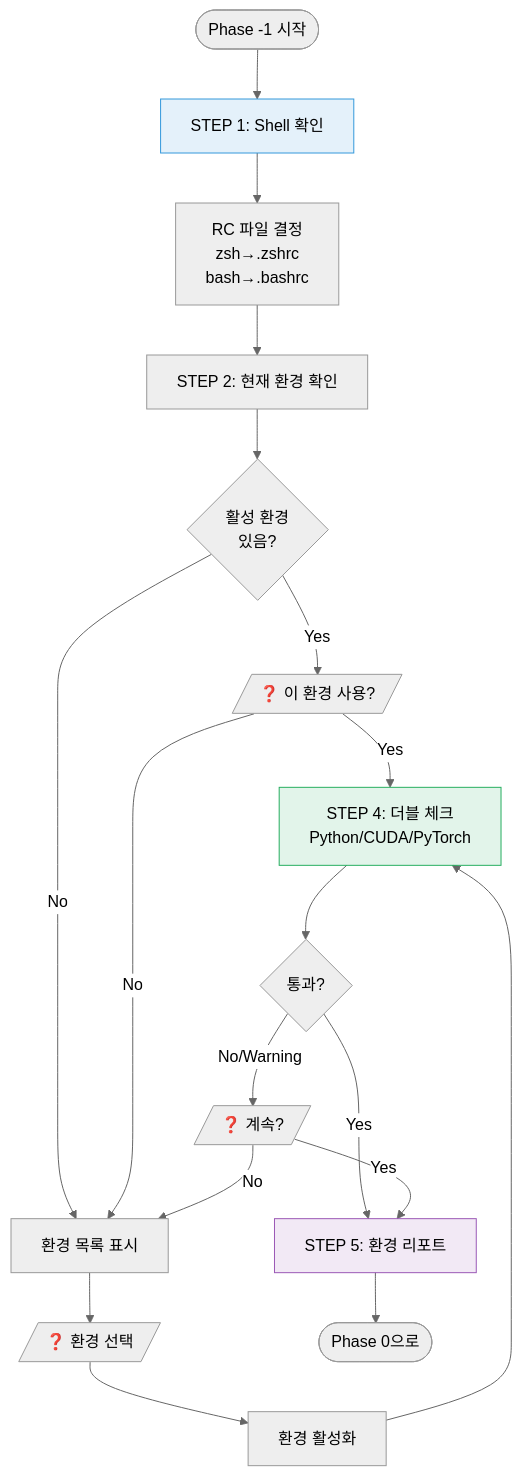
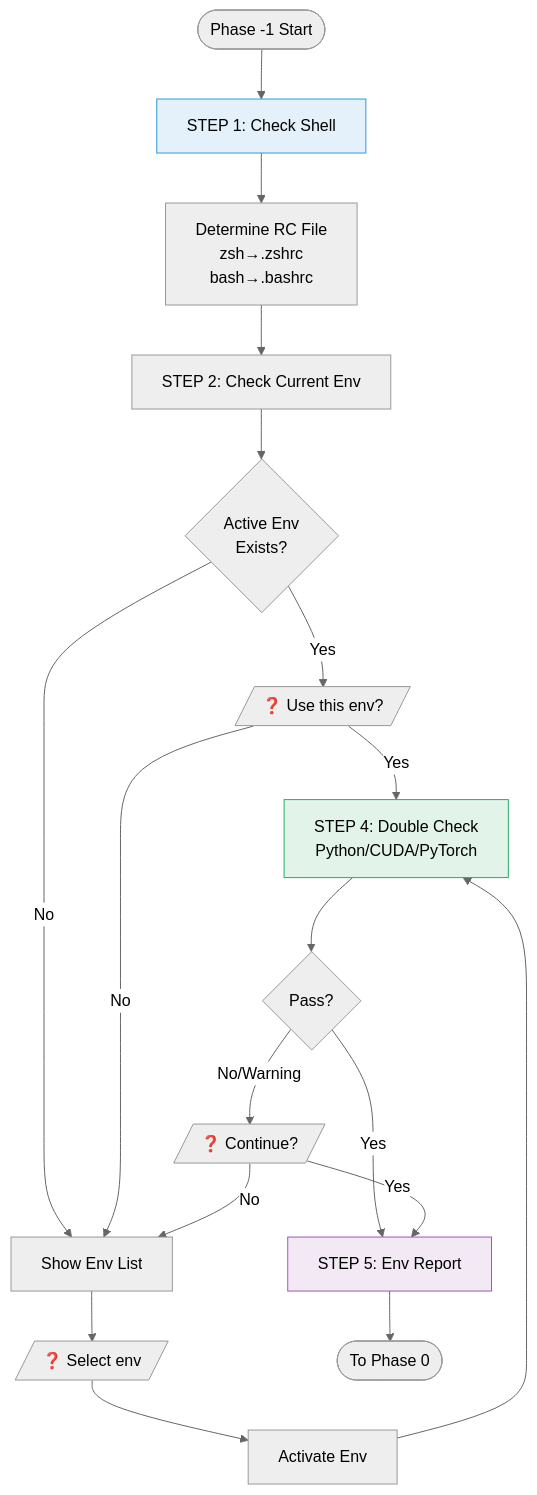
The first of 2 diagrams in docs/guides/12-environment-setup-workflow.md (KIMSUNGHOON/opencode), drawn with Mermaid (neutral theme) before and after one commit. The commit also changed other lines of this file and 8 other files, not shown here.

````diff
--- a/docs/guides/12-environment-setup-workflow.md
+++ b/docs/guides/12-environment-setup-workflow.md
@@ -372,36 +372,36 @@
 ```mermaid
 flowchart TB
-    START([Phase -1 시작]) --> SHELL[STEP 1: Shell 확인]
+    START([Phase -1 Start]) --> SHELL[STEP 1: Check Shell]
 
-    SHELL --> RC[RC 파일 결정<br/>zsh→.zshrc<br/>bash→.bashrc]
+    SHELL --> RC[Determine RC File<br/>zsh→.zshrc<br/>bash→.bashrc]
 
-    RC --> ENV_CHECK[STEP 2: 현재 환경 확인]
+    RC --> ENV_CHECK[STEP 2: Check Current Env]
 
-    ENV_CHECK --> HAS_ENV{활성 환경<br/>있음?}
+    ENV_CHECK --> HAS_ENV{Active Env<br/>Exists?}
 
-    HAS_ENV -->|Yes| ASK_USE[/"❓ 이 환경 사용?"/]
-    HAS_ENV -->|No| LIST_ENV[환경 목록 표시]
+    HAS_ENV -->|Yes| ASK_USE[/"❓ Use this env?"/]
+    HAS_ENV -->|No| LIST_ENV[Show Env List]
 
     ASK_USE -->|Yes| DOUBLE_CHECK
     ASK_USE -->|No| LIST_ENV
 
-    LIST_ENV --> SELECT[/"❓ 환경 선택"/]
-    SELECT --> ACTIVATE[환경 활성화]
+    LIST_ENV --> SELECT[/"❓ Select env"/]
+    SELECT --> ACTIVATE[Activate Env]
     ACTIVATE --> DOUBLE_CHECK
 
-    DOUBLE_CHECK[STEP 4: 더블 체크<br/>Python/CUDA/PyTorch]
+    DOUBLE_CHECK[STEP 4: Double Check<br/>Python/CUDA/PyTorch]
 
-    DOUBLE_CHECK --> CHECK_OK{통과?}
+    DOUBLE_CHECK --> CHECK_OK{Pass?}
 
     CHECK_OK -->|Yes| REPORT
-    CHECK_OK -->|No/Warning| ASK_CONTINUE[/"❓ 계속?"/]
+    CHECK_OK -->|No/Warning| ASK_CONTINUE[/"❓ Continue?"/]
 
     ASK_CONTINUE -->|Yes| REPORT
     ASK_CONTINUE -->|No| LIST_ENV
 
-    REPORT[STEP 5: 환경 리포트] --> DONE([Phase 0으로])
+    REPORT[STEP 5: Env Report] --> DONE([To Phase 0])
 
     style SHELL fill:#3498DB22,stroke:#3498DB
     style DOUBLE_CHECK fill:#27AE6022,stroke:#27AE60
     style REPORT fill:#9B59B622,stroke:#9B59B6
 ```
````
